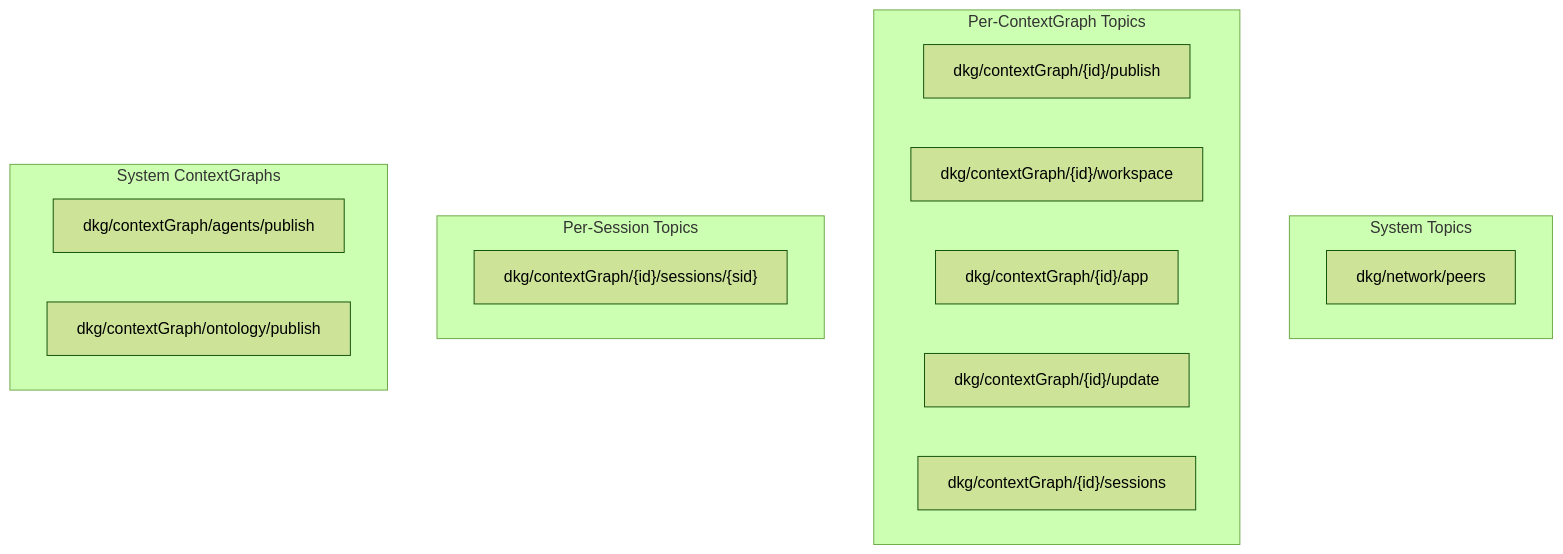
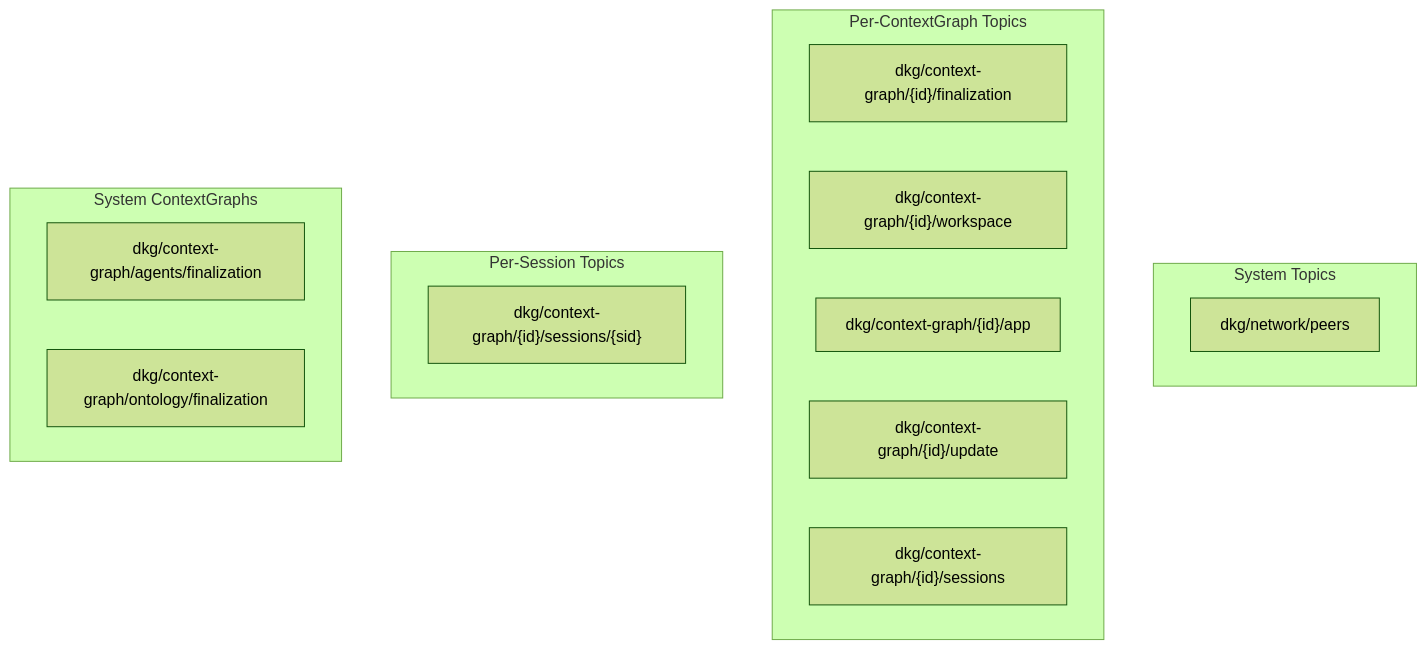
One commit to KilianTrunk/dkg changed diagram 12 of 15 in docs/v9-protocol-operations.md. Above: the diagram before and after it, drawn with Mermaid (forest theme). The commit also changed other lines of this file and 44 other files, not shown here.

Commit message:
fix: align context graph protocol cleanup

````diff
--- a/docs/v9-protocol-operations.md
+++ b/docs/v9-protocol-operations.md
@@ -925,23 +925,23 @@
 ```mermaid
 graph TB
     subgraph "System Topics"
         PEERS["dkg/network/peers"]
     end
 
     subgraph "Per-ContextGraph Topics"
-        PUB["dkg/contextGraph/{id}/publish"]
-        WS["dkg/contextGraph/{id}/workspace"]
-        APP["dkg/contextGraph/{id}/app"]
-        UPD["dkg/contextGraph/{id}/update"]
-        SESS["dkg/contextGraph/{id}/sessions"]
+        PUB["dkg/context-graph/{id}/finalization"]
+        WS["dkg/context-graph/{id}/workspace"]
+        APP["dkg/context-graph/{id}/app"]
+        UPD["dkg/context-graph/{id}/update"]
+        SESS["dkg/context-graph/{id}/sessions"]
     end
 
     subgraph "Per-Session Topics"
-        S1["dkg/contextGraph/{id}/sessions/{sid}"]
+        S1["dkg/context-graph/{id}/sessions/{sid}"]
     end
 
     subgraph "System ContextGraphs"
-        AGENTS["dkg/contextGraph/agents/publish"]
-        ONTO["dkg/contextGraph/ontology/publish"]
+        AGENTS["dkg/context-graph/agents/finalization"]
+        ONTO["dkg/context-graph/ontology/finalization"]
     end
 ```
````
